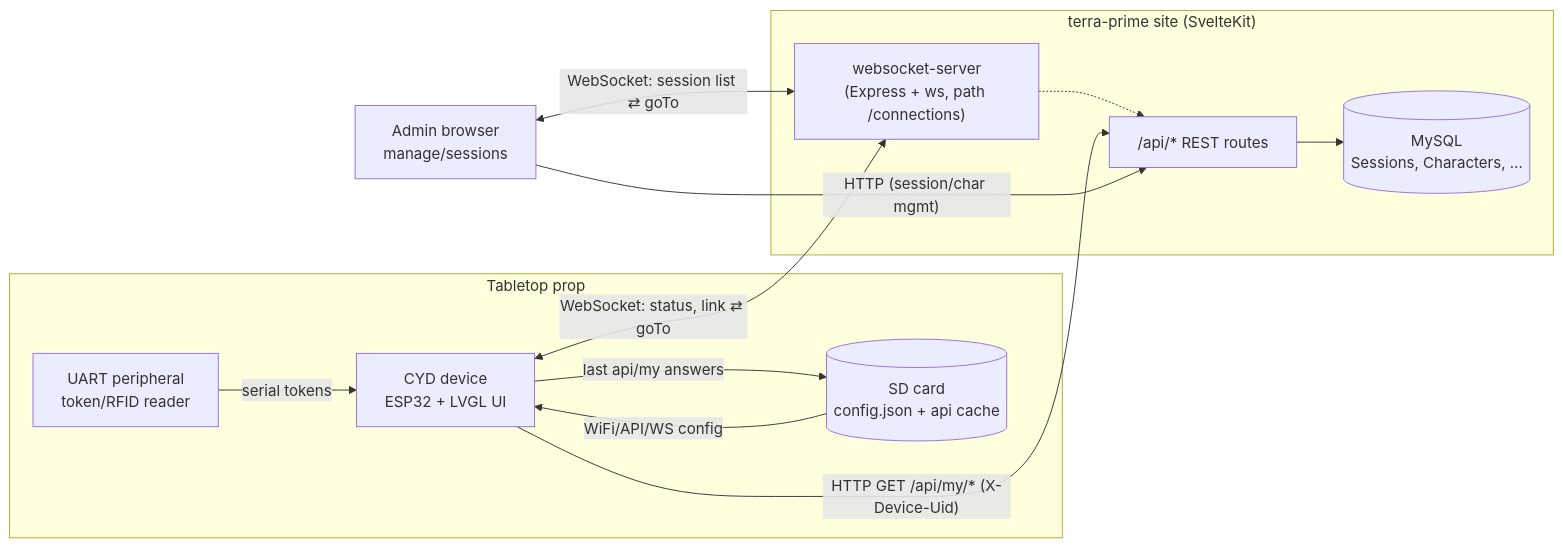
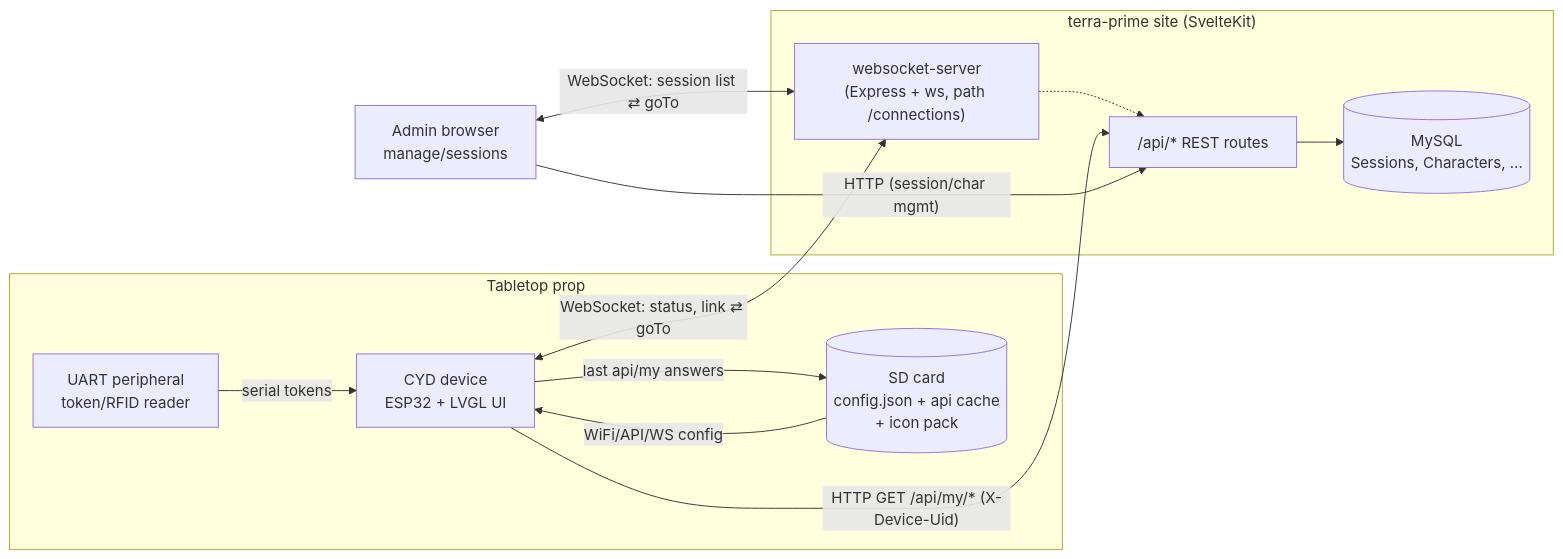
One commit to yodivdhende/terra-prime changed the first of 7 diagrams in docs/CYD_DESIGN.md. Above: the diagram before and after it, drawn with Mermaid. The commit also changed other lines of this file and 10 other files, not shown here.

````diff
--- a/docs/CYD_DESIGN.md
+++ b/docs/CYD_DESIGN.md
@@ -36,26 +36,26 @@
 ```mermaid
 flowchart LR
     subgraph Table["Tabletop prop"]
         UART[UART peripheral\ntoken/RFID reader]
-        SD[(SD card\nconfig.json + api cache)]
+        SD[(SD card\nconfig.json + api cache\n+ icon pack)]
         CYD["CYD device\nESP32 + LVGL UI"]
         UART -- "serial tokens" --> CYD
         SD -- "WiFi/API/WS config" --> CYD
         CYD -- "last api/my answers" --> SD
     end
 
     subgraph Site["terra-prime site (SvelteKit)"]
         API["/api/* REST routes"]
         WS["websocket-server\n(Express + ws, path /connections)"]
         DB[(MySQL\nSessions, Characters, ...)]
         API --> DB
         WS -.-> API
     end
 
     Admin["Admin browser\nmanage/sessions"]
 
     CYD -- "HTTP GET /api/my/* (X-Device-Uid)" --> API
     CYD <-- "WebSocket: status, link ⇄ goTo" --> WS
     Admin <-- "WebSocket: session list ⇄ goTo" --> WS
     Admin -- "HTTP (session/char mgmt)" --> API
 ```
````
